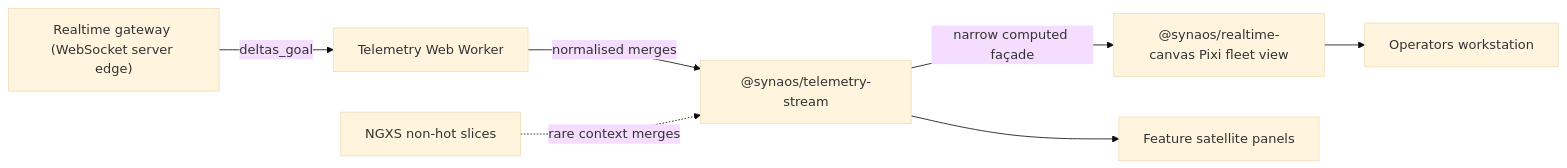
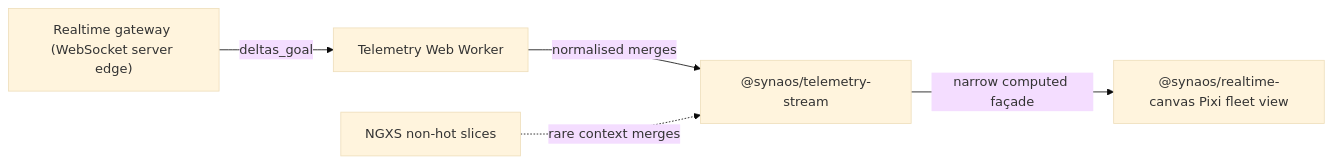
The diagram in PLAN.md (kaplan81/synaos-staff-frontend-engineer-technical-challenge), drawn with Mermaid (base theme) before and after one commit. The commit also changed other lines of this file, not shown here.

````diff
--- a/PLAN.md
+++ b/PLAN.md
@@ -86,16 +76,13 @@
 ```mermaid
 flowchart LR
   Gateway["Realtime gateway (WebSocket server edge)"]
   Worker[Telemetry Web Worker]
   TelemetryPkg["@synaos/telemetry-stream"]
   NGXS[NGXS non-hot slices]
   CanvasPkg["@synaos/realtime-canvas Pixi fleet view"]
-  OperatorWS[Operators workstation]
 
   Gateway -->|"deltas_goal"| Worker
   Worker -->|"normalised merges"| TelemetryPkg
   NGXS -. "rare context merges" .-> TelemetryPkg
   TelemetryPkg -->|"narrow computed façade"| CanvasPkg
-  CanvasPkg --> OperatorWS
-  TelemetryPkg --> AlarmPanels[Feature satellite panels]
 ```
````
